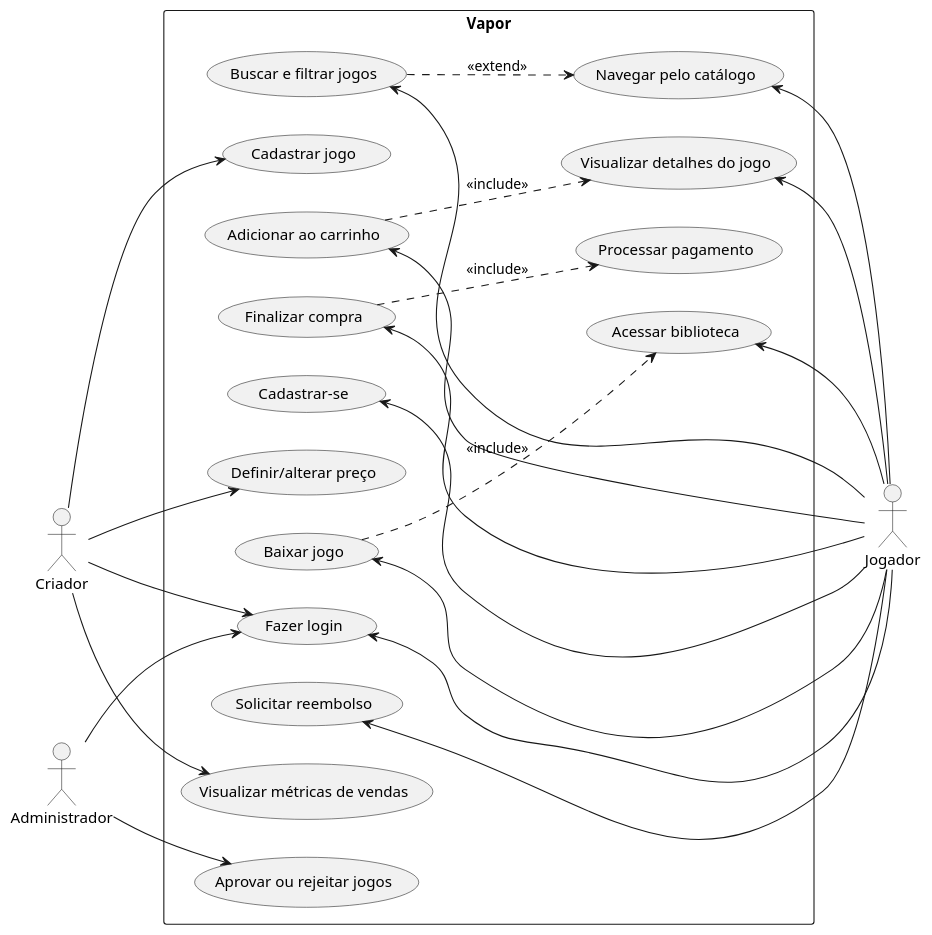
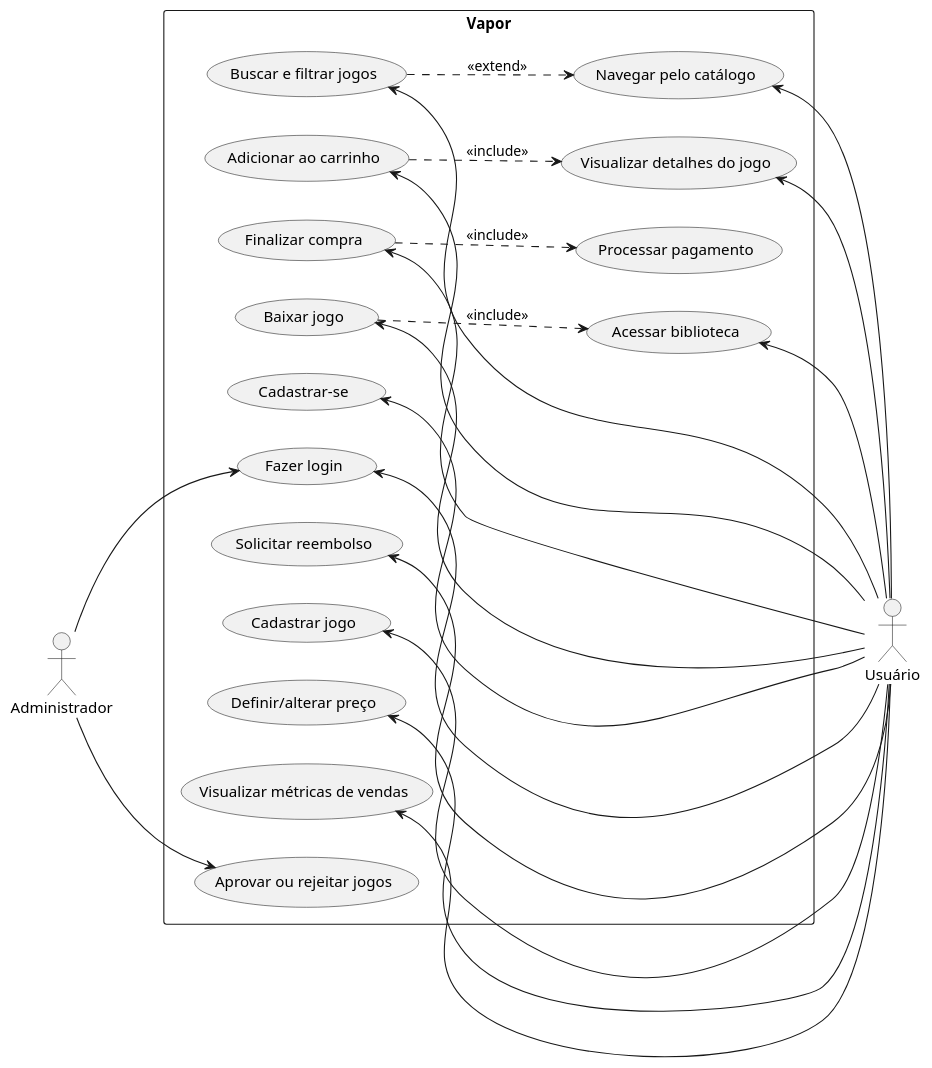
The first of 14 diagrams in projeto-vapor.adoc (osantana/a3-ms), drawn with PlantUML before and after one commit. The commit also changed other lines of this file and 33 other files, not shown here.

```diff
--- a/projeto-vapor.adoc
+++ b/projeto-vapor.adoc
@@ -301,53 +301,50 @@
 [plantuml, pdfwidth=75%]
 ----
 @startuml
 left to right direction
 
-actor "Criador" as criador
 actor "Administrador" as admin
 
 rectangle "Vapor" {
     usecase "Cadastrar-se" as UC01
     usecase "Fazer login" as UC02
     usecase "Navegar pelo catálogo" as UC03
     usecase "Buscar e filtrar jogos" as UC04
     usecase "Visualizar detalhes do jogo" as UC05
     usecase "Adicionar ao carrinho" as UC06
     usecase "Finalizar compra" as UC07
     usecase "Acessar biblioteca" as UC08
     usecase "Baixar jogo" as UC09
     usecase "Solicitar reembolso" as UC10
     usecase "Cadastrar jogo" as UC11
     usecase "Definir/alterar preço" as UC12
     usecase "Visualizar métricas de vendas" as UC13
     usecase "Aprovar ou rejeitar jogos" as UC14
     usecase "Processar pagamento" as UC15
 }
 
-actor "Jogador" as jogador
+actor "Usuário" as usuario
 
-UC01 <-- jogador
-UC02 <-- jogador
-UC03 <-- jogador
-UC04 <-- jogador
-UC05 <-- jogador
-UC06 <-- jogador
-UC07 <-- jogador
-UC08 <-- jogador
-UC09 <-- jogador
-UC10 <-- jogador
-
-criador --> UC02
-criador --> UC11
-criador --> UC12
-criador --> UC13
+UC01 <-- usuario
+UC02 <-- usuario
+UC03 <-- usuario
+UC04 <-- usuario
+UC05 <-- usuario
+UC06 <-- usuario
+UC07 <-- usuario
+UC08 <-- usuario
+UC09 <-- usuario
+UC10 <-- usuario
+UC11 <-- usuario
+UC12 <-- usuario
+UC13 <-- usuario
 
 admin --> UC02
 admin --> UC14
 
 UC07 ..> UC15 : <<include>>
 UC09 ..> UC08 : <<include>>
 UC06 ..> UC05 : <<include>>
 UC04 ..> UC03 : <<extend>>
 @enduml
 ----
```
